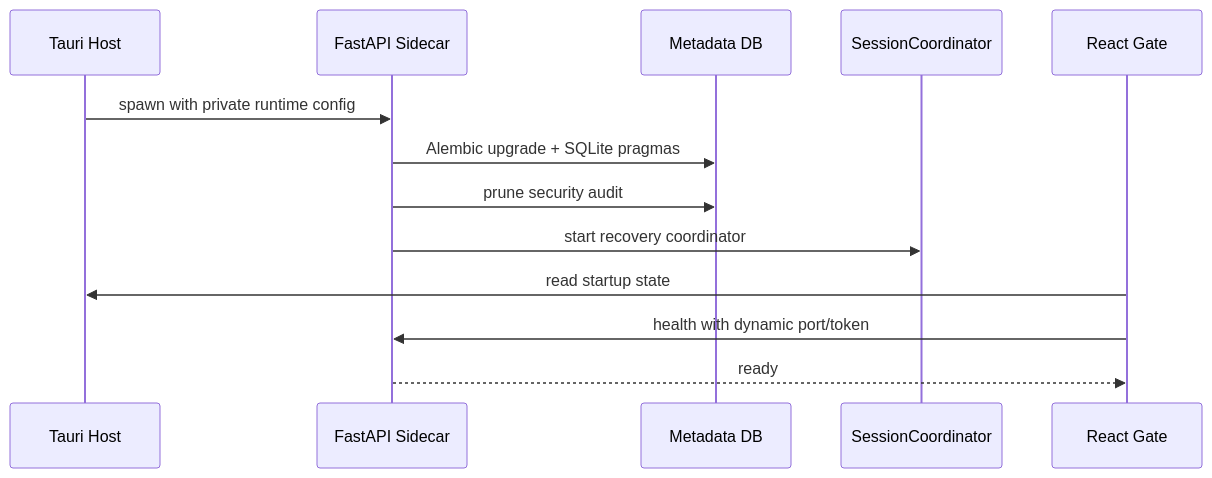
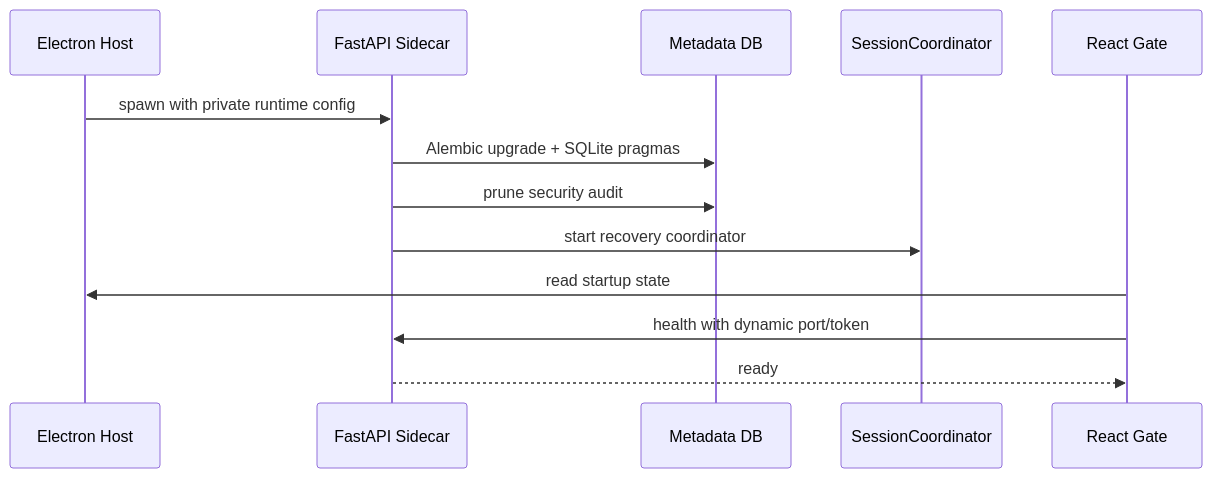
The second of 5 diagrams in docs/architecture/implementation-map.md (trrueee/DBFox), drawn with Mermaid before and after one commit. The commit also changed other lines of this file and 125 other files, not shown here.

Commit message:
refactor(desktop): remove Rust and Tauri host (#78)

````diff
--- a/docs/architecture/implementation-map.md
+++ b/docs/architecture/implementation-map.md
@@ -192,16 +192,16 @@
 ```mermaid
 sequenceDiagram
-    participant Host as Tauri Host
+    participant Host as Electron Host
     participant Engine as FastAPI Sidecar
     participant Meta as Metadata DB
     participant Coord as SessionCoordinator
     participant UI as React Gate
 
     Host->>Engine: spawn with private runtime config
     Engine->>Meta: Alembic upgrade + SQLite pragmas
     Engine->>Meta: prune security audit
     Engine->>Coord: start recovery coordinator
     UI->>Host: read startup state
     UI->>Engine: health with dynamic port/token
     Engine-->>UI: ready
 ```
````
